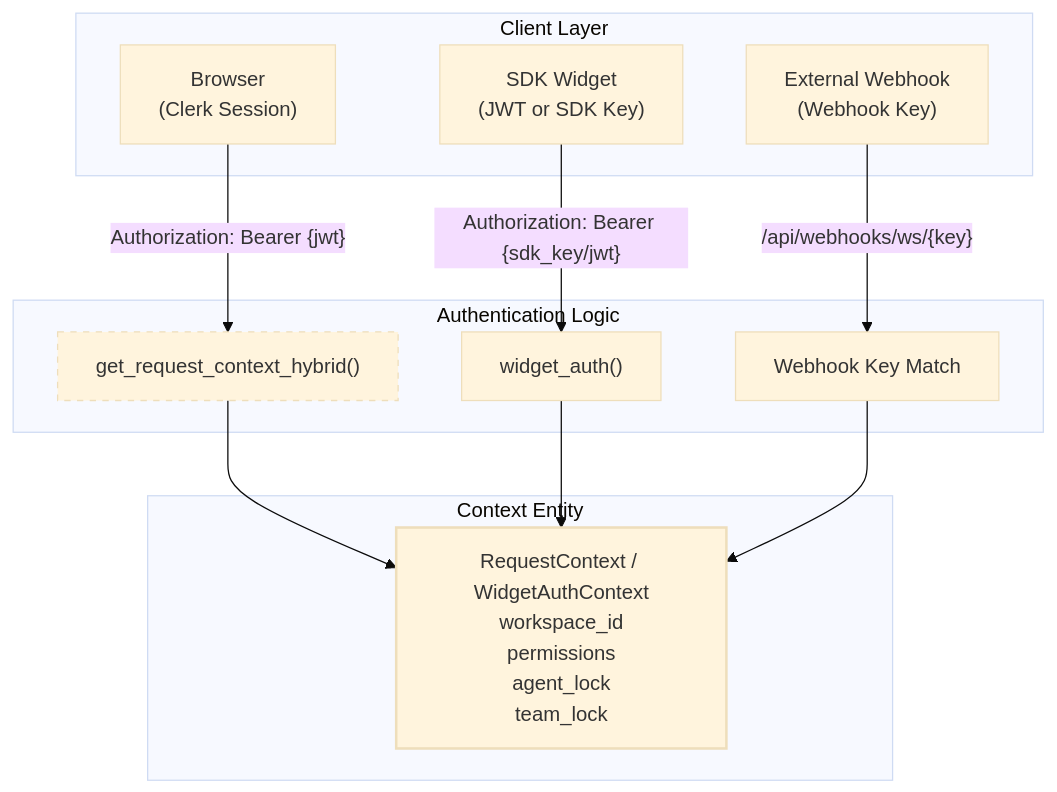
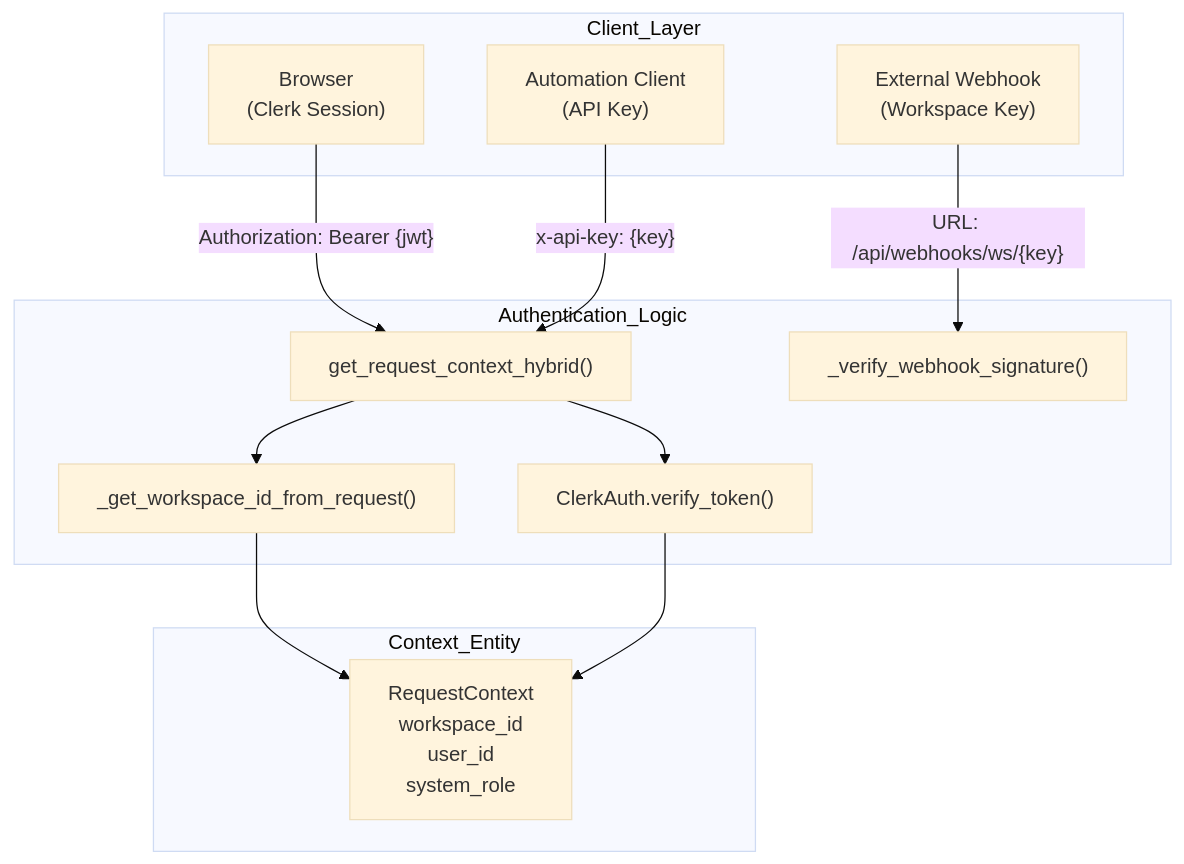
One commit to AutomatosAI/automatos-ai changed the first of 2 diagrams in docs/authentication-multi-tenancy/_index.md. Above: the diagram before and after it, drawn with Mermaid (base theme). The commit also changed other lines of this file and 153 other files, not shown here.

````diff
--- a/docs/authentication-multi-tenancy/_index.md
+++ b/docs/authentication-multi-tenancy/_index.md
@@ -70,29 +68,28 @@
 ```mermaid
 graph TB
-    subgraph "Client Layer"
+    subgraph "Client_Layer"
         Browser["Browser<br/>(Clerk Session)"]
-        Widget["SDK Widget<br/>(JWT or SDK Key)"]
-        Webhook["External Webhook<br/>(Webhook Key)"]
+        Automation["Automation Client<br/>(API Key)"]
+        Webhook["External Webhook<br/>(Workspace Key)"]
     end
     
-    subgraph "Authentication Logic"
+    subgraph "Authentication_Logic"
         Hybrid["get_request_context_hybrid()"]
-        WidgetAuth["widget_auth()"]
-        WebhookAuth["Webhook Key Match"]
+        ClerkAuth["ClerkAuth.verify_token()"]
+        WorkspaceRes["_get_workspace_id_from_request()"]
+        WebhookSig["_verify_webhook_signature()"]
     end
     
-    subgraph "Context Entity"
-        Context["RequestContext / WidgetAuthContext<br/>workspace_id<br/>permissions<br/>agent_lock<br/>team_lock"]
+    subgraph "Context_Entity"
+        Context["RequestContext<br/>workspace_id<br/>user_id<br/>system_role"]
     end
     
     Browser -->|"Authorization: Bearer {jwt}"| Hybrid
-    Widget -->|"Authorization: Bearer {sdk_key/jwt}"| WidgetAuth
-    Webhook -->|"/api/webhooks/ws/{key}"| WebhookAuth
+    Automation -->|"x-api-key: {key}"| Hybrid
+    Webhook -->|"URL: /api/webhooks/ws/{key}"| WebhookSig
     
-    Hybrid --> Context
-    WidgetAuth --> Context
-    WebhookAuth --> Context
-    
-    style Hybrid stroke-dasharray: 5 5
-    style Context stroke-width:2px
+    Hybrid --> ClerkAuth
+    Hybrid --> WorkspaceRes
+    WorkspaceRes --> Context
+    ClerkAuth --> Context
 ```
````
